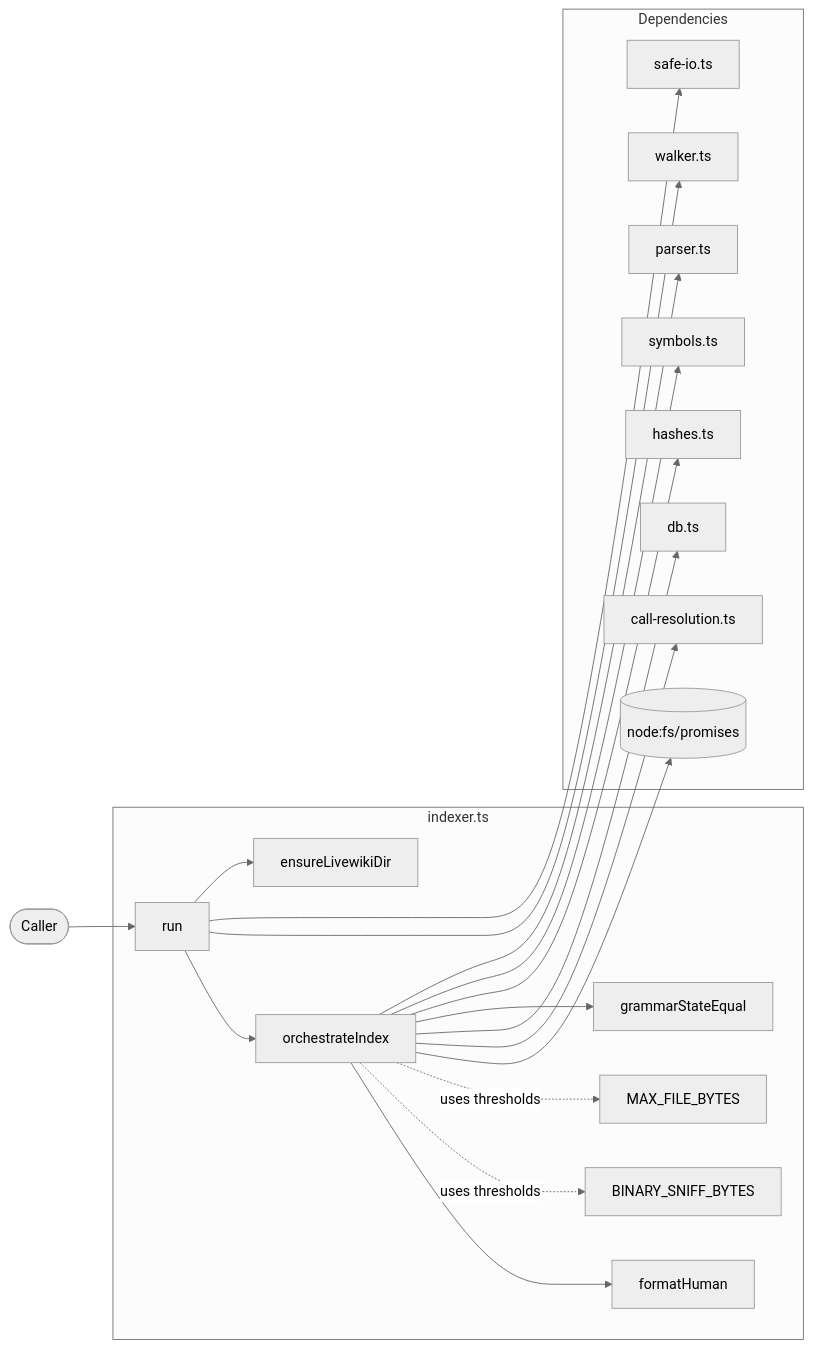
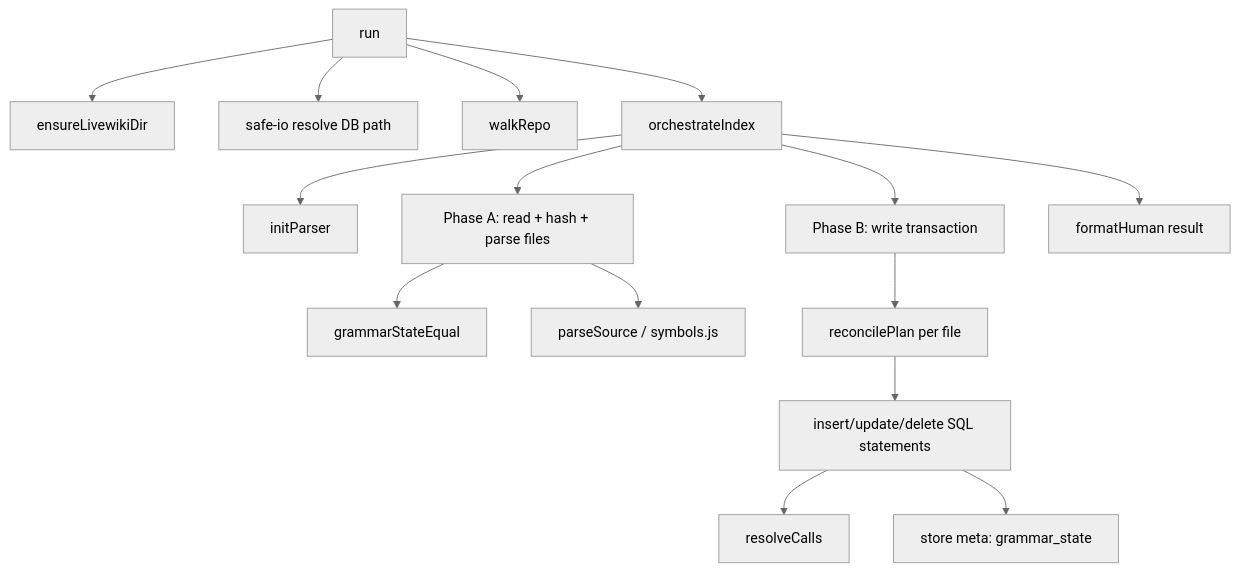
The diagram in livewiki/diagrams/core-src-indexer.mmd (eduardoabreu81/livewiki), drawn with Mermaid (neutral theme) before and after one commit. The commit also changed 79 other files, not shown here.

```diff
--- a/livewiki/diagrams/core-src-indexer.mmd
+++ b/livewiki/diagrams/core-src-indexer.mmd
@@ -1,36 +1,15 @@
-flowchart LR
-  caller([Caller])
-  subgraph indexer[indexer.ts]
-    run["run"]
-    ensureLivewikiDir["ensureLivewikiDir"]
-    orchestrateIndex["orchestrateIndex"]
-    grammarStateEqual["grammarStateEqual"]
-    formatHuman["formatHuman"]
-    MAX_FILE_BYTES["MAX_FILE_BYTES"]
-    BINARY_SNIFF_BYTES["BINARY_SNIFF_BYTES"]
-  end
-  subgraph deps[Dependencies]
-    walker[walker.ts]
-    parser[parser.ts]
-    symbols[symbols.ts]
-    hashes[hashes.ts]
-    safeIo[safe-io.ts]
-    db[db.ts]
-    callRes[call-resolution.ts]
-    fs[(node:fs/promises)]
-  end
-  caller --> run
-  run --> ensureLivewikiDir
-  run --> safeIo
-  run --> walker
-  run --> orchestrateIndex
-  orchestrateIndex --> parser
-  orchestrateIndex --> symbols
-  orchestrateIndex --> hashes
-  orchestrateIndex --> grammarStateEqual
-  orchestrateIndex --> db
-  orchestrateIndex --> callRes
-  orchestrateIndex --> fs
-  orchestrateIndex -.uses thresholds.-> MAX_FILE_BYTES
-  orchestrateIndex -.uses thresholds.-> BINARY_SNIFF_BYTES
-  orchestrateIndex --> formatHuman
+graph TD
+    A[run] --> B[ensureLivewikiDir]
+    A --> C[safe-io resolve DB path]
+    A --> D[walkRepo]
+    A --> E[orchestrateIndex]
+    E --> F[initParser]
+    E --> G[Phase A: read + hash + parse files]
+    G --> H[grammarStateEqual]
+    G --> I[parseSource / symbols.js]
+    E --> J[Phase B: write transaction]
+    J --> K[reconcilePlan per file]
+    K --> L[insert/update/delete SQL statements]
+    L --> M[resolveCalls]
+    L --> N[store meta: grammar_state]
+    E --> O[formatHuman result]
```
